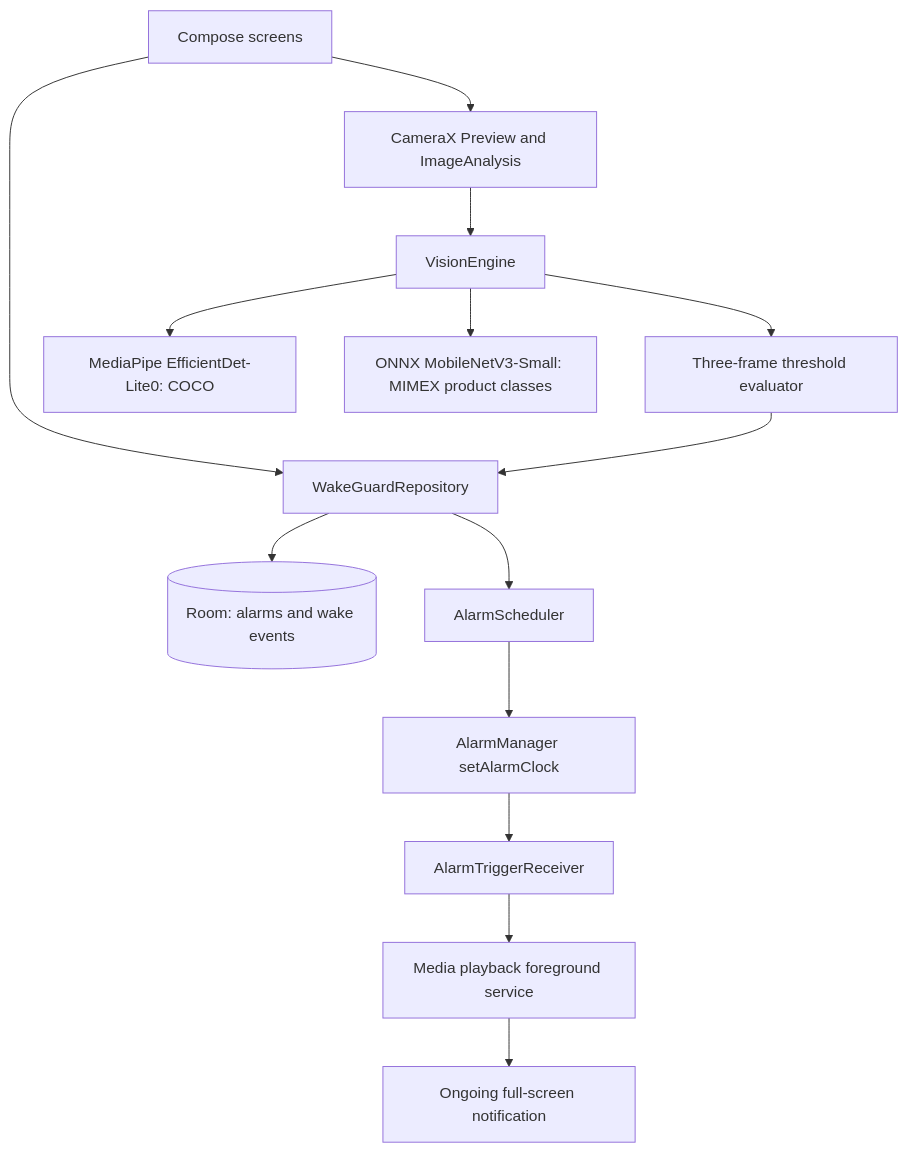
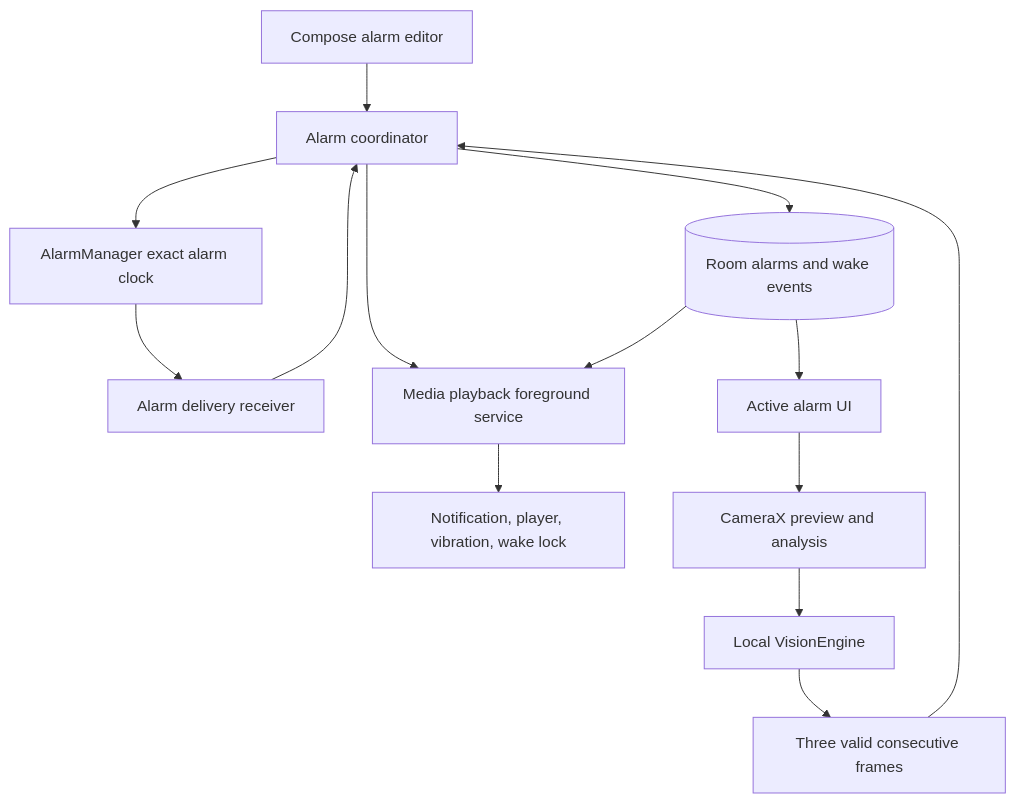
The first of 2 diagrams in docs/ARCHITECTURE.md (miku-wwl/WakeGuard), drawn with Mermaid before and after one commit. The commit also changed other lines of this file and 8 other files, not shown here.

````diff
--- a/docs/ARCHITECTURE.md
+++ b/docs/ARCHITECTURE.md
@@ -5,16 +5,16 @@
 ```mermaid
 flowchart TD
-  UI[Compose screens] --> Repo[WakeGuardRepository]
-  Repo --> Room[(Room: alarms and wake events)]
-  Repo --> Scheduler[AlarmScheduler]
-  Scheduler --> AM[AlarmManager setAlarmClock]
-  AM --> Receiver[AlarmTriggerReceiver]
-  Receiver --> Service[Media playback foreground service]
-  Service --> Notification[Ongoing full-screen notification]
-  UI --> Camera[CameraX Preview and ImageAnalysis]
-  Camera --> Engine[VisionEngine]
-  Engine --> Detector[MediaPipe EfficientDet-Lite0: COCO]
-  Engine --> Classifier[ONNX MobileNetV3-Small: MIMEX product classes]
-  Engine --> Evaluator[Three-frame threshold evaluator]
-  Evaluator --> Repo
+    UI[Compose alarm editor] --> Coordinator[Alarm coordinator]
+    Coordinator --> Room[(Room alarms and wake events)]
+    Coordinator --> OS[AlarmManager exact alarm clock]
+    OS --> Trigger[Alarm delivery receiver]
+    Trigger --> Coordinator
+    Coordinator --> Service[Media playback foreground service]
+    Room --> Service
+    Room --> Active[Active alarm UI]
+    Service --> Resources[Notification, player, vibration, wake lock]
+    Active --> Camera[CameraX preview and analysis]
+    Camera --> Engine[Local VisionEngine]
+    Engine --> Evaluator[Three valid consecutive frames]
+    Evaluator --> Coordinator
 ```
````
